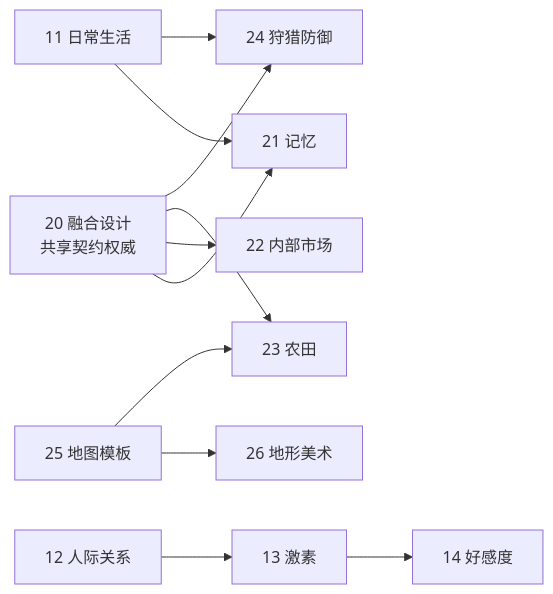
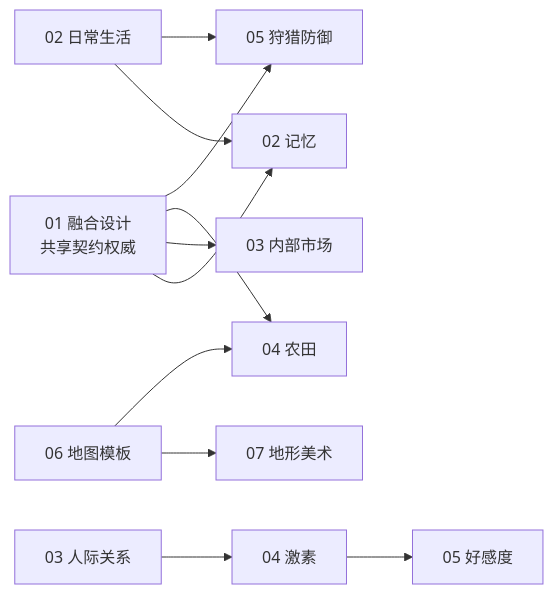
Before and after one commit to g39088902/FlowAndAccord: the diagram in docs/plan/README.md, drawn with Mermaid. The commit also changed other lines of this file and 129 other files, not shown here.

````diff
--- a/docs/plan/README.md
+++ b/docs/plan/README.md
@@ -47,13 +47,13 @@
 ```mermaid
 graph LR
-    I["20 融合设计<br/>共享契约权威"] --> M["21 记忆"]
-    I --> MK["22 内部市场"]
-    I --> F["23 农田"]
-    I --> H["24 狩猎防御"]
-    T["25 地图模板"] --> A["26 地形美术"]
+    I["01 融合设计<br/>共享契约权威"] --> M["02 记忆"]
+    I --> MK["03 内部市场"]
+    I --> F["04 农田"]
+    I --> H["05 狩猎防御"]
+    T["06 地图模板"] --> A["07 地形美术"]
     T --> F
-    L["11 日常生活"] --> M
+    L["02 日常生活"] --> M
     L --> H
-    S["12 人际关系"] --> N["13 激素"]
-    N --> AF["14 好感度"]
+    S["03 人际关系"] --> N["04 激素"]
+    N --> AF["05 好感度"]
 ```
````
